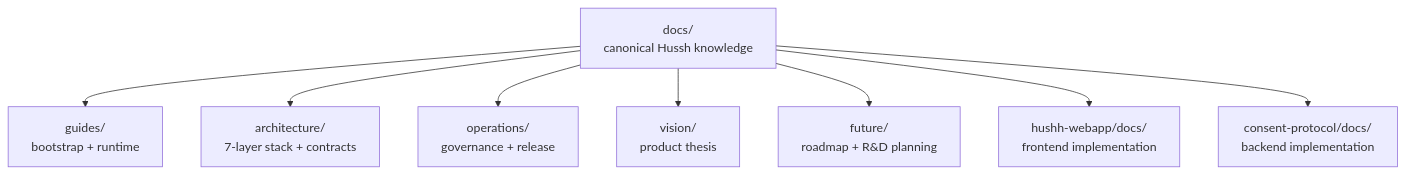
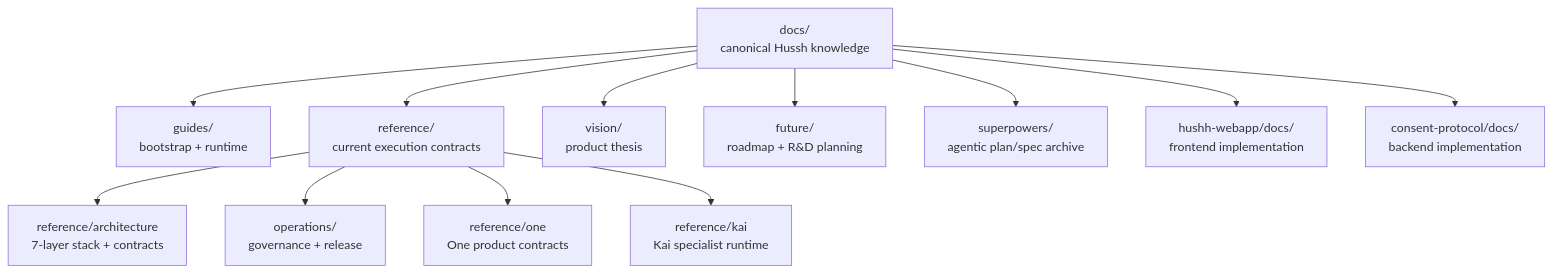
One commit to hushh-labs/hushh-research changed the diagram in docs/README.md. Above: the diagram before and after it, drawn with Mermaid. The commit also changed other lines of this file and 180 other files, not shown here.

Commit message:
feat: align One Voice runtime and docs governance

````diff
--- a/docs/README.md
+++ b/docs/README.md
@@ -7,19 +7,27 @@
 ```mermaid
 flowchart TB
   hub["docs/<br/>canonical Hussh knowledge"]
   guides["guides/<br/>bootstrap + runtime"]
-  architecture["architecture/<br/>7-layer stack + contracts"]
+  reference["reference/<br/>current execution contracts"]
+  architecture["reference/architecture<br/>7-layer stack + contracts"]
   operations["operations/<br/>governance + release"]
   vision["vision/<br/>product thesis"]
   future["future/<br/>roadmap + R&D planning"]
+  one["reference/one<br/>One product contracts"]
+  kai["reference/kai<br/>Kai specialist runtime"]
+  superpowers["superpowers/<br/>agentic plan/spec archive"]
   frontend["hushh-webapp/docs/<br/>frontend implementation"]
   backend["consent-protocol/docs/<br/>backend implementation"]
 
   hub --> guides
-  hub --> architecture
-  hub --> operations
+  hub --> reference
+  reference --> architecture
+  reference --> operations
+  reference --> one
+  reference --> kai
   hub --> vision
   hub --> future
+  hub --> superpowers
   hub --> frontend
   hub --> backend
 ```
````
